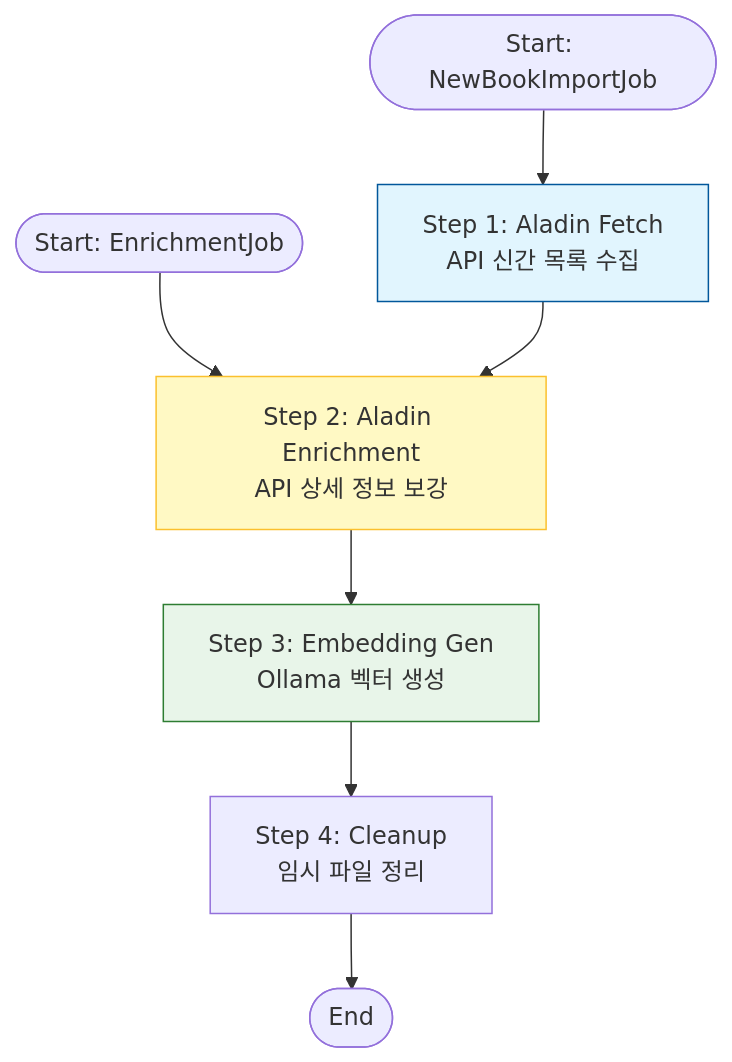
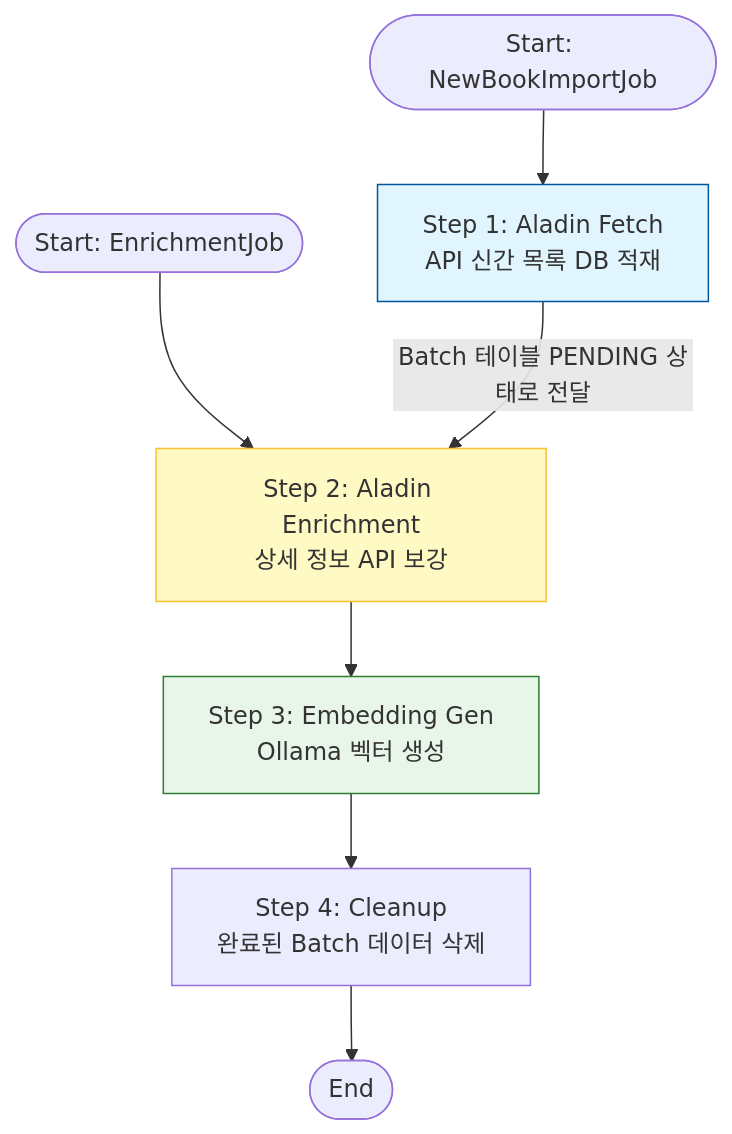
One commit to nhnacademy-be12-4vidia/4vidia-batch-service changed the diagram in docs/wiki/batch_jobs/Aladin_Book_Integration_Jobs.md. Above: the diagram before and after it, drawn with Mermaid. The commit also changed other lines of this file and 4 other files, not shown here.

````diff
--- a/docs/wiki/batch_jobs/Aladin_Book_Integration_Jobs.md
+++ b/docs/wiki/batch_jobs/Aladin_Book_Integration_Jobs.md
@@ -15,17 +15,17 @@
 ```mermaid
 graph TD
     %% 진입점 구분
-    Start1([Start: NewBookImportJob]) --> Step1[Step 1: Aladin Fetch<br/>API 신간 목록 수집]
+    Start1([Start: NewBookImportJob]) --> Step1[Step 1: Aladin Fetch<br/>API 신간 목록 DB 적재]
     Start2([Start: EnrichmentJob]) --> Step2
 
     %% 공통 파이프라인
-    Step1 --> Step2[Step 2: Aladin Enrichment<br/>API 상세 정보 보강]
+    Step1 -- Batch 테이블 PENDING 상태로 전달 --> Step2[Step 2: Aladin Enrichment<br/>상세 정보 API 보강]
     Step2 --> Step3[Step 3: Embedding Gen<br/>Ollama 벡터 생성]
-    Step3 --> Step4[Step 4: Cleanup<br/>임시 파일 정리]
+    Step3 --> Step4[Step 4: Cleanup<br/>완료된 Batch 데이터 삭제]
     Step4 --> End([End])
 
     %% 스타일링
     style Step1 fill:#e1f5fe,stroke:#01579b
     style Step2 fill:#fff9c4,stroke:#fbc02d
     style Step3 fill:#e8f5e9,stroke:#2e7d32
 ```
````
